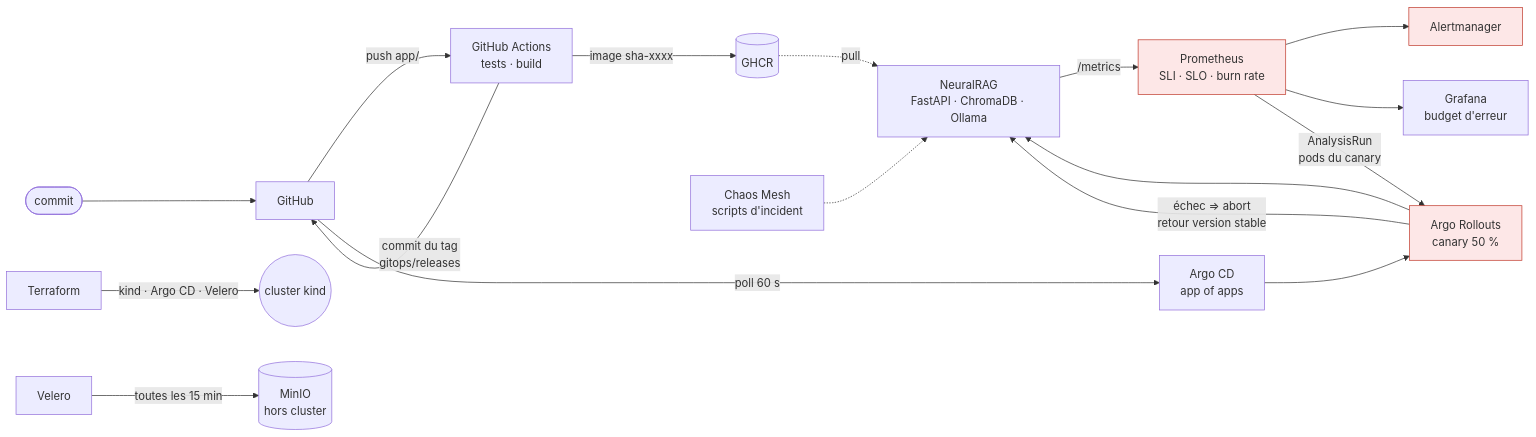
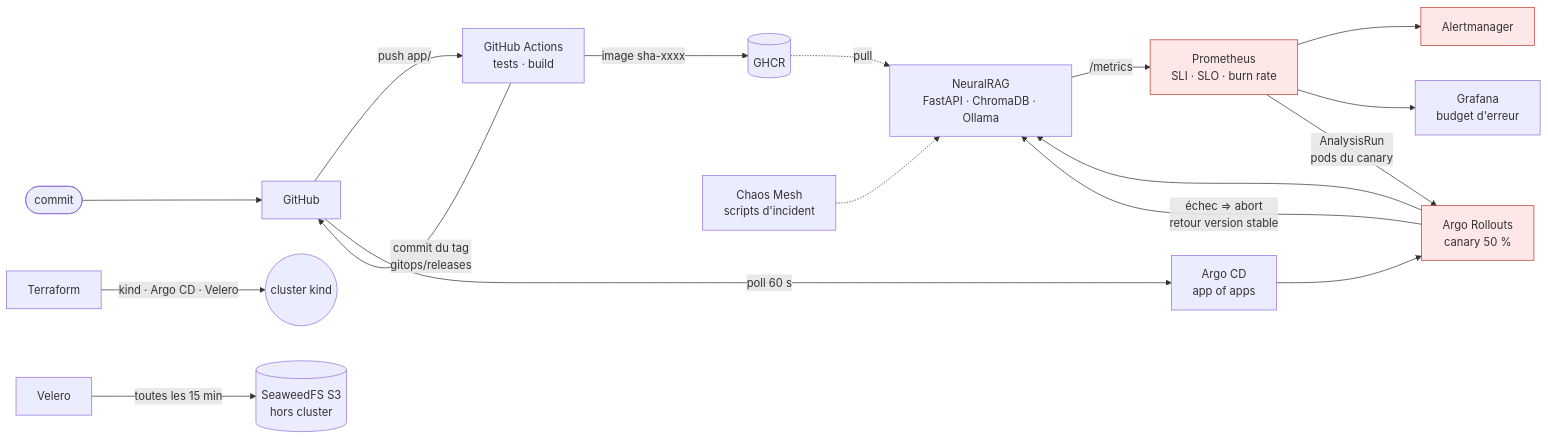
The diagram in README.md (Rihemfathallah/gitops-self-healing-platform), drawn with Mermaid before and after one commit. The commit also changed other lines of this file and 9 other files, not shown here.

First line of the commit message:
fix(backup): remplacer MinIO par SeaweedFS

````diff
--- a/README.md
+++ b/README.md
@@ -33,24 +33,24 @@
 ```mermaid
 flowchart LR
   dev([commit]) --> gh[GitHub]
   gh -->|push app/| ci[GitHub Actions<br/>tests · build]
   ci -->|image sha-xxxx| ghcr[(GHCR)]
   ci -->|commit du tag<br/>gitops/releases| gh
   gh -->|poll 60 s| argocd[Argo CD<br/>app of apps]
   argocd --> ro[Argo Rollouts<br/>canary 50 %]
   ro --> app[NeuralRAG<br/>FastAPI · ChromaDB · Ollama]
   ghcr -.pull.-> app
 
   app -->|/metrics| prom[Prometheus<br/>SLI · SLO · burn rate]
   prom --> am[Alertmanager]
   prom --> graf[Grafana<br/>budget d'erreur]
   prom -->|AnalysisRun<br/>pods du canary| ro
   ro -->|échec ⇒ abort<br/>retour version stable| app
 
   tf[Terraform] -->|kind · Argo CD · Velero| k8s((cluster kind))
-  velero[Velero] -->|toutes les 15 min| minio[(MinIO<br/>hors cluster)]
+  velero[Velero] -->|toutes les 15 min| s3[(SeaweedFS S3<br/>hors cluster)]
   chaos[Chaos Mesh<br/>scripts d'incident] -.-> app
 
   classDef repair fill:#fde7e7,stroke:#c0392b;
   class prom,am,ro repair;
 ```
````
